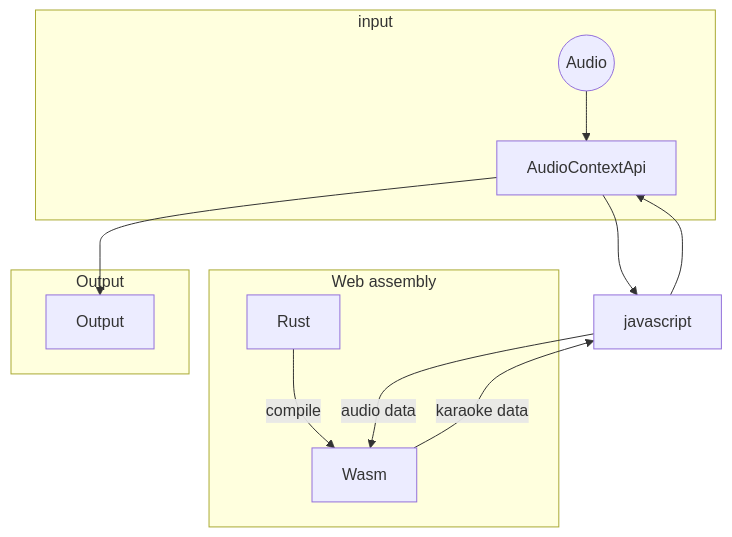
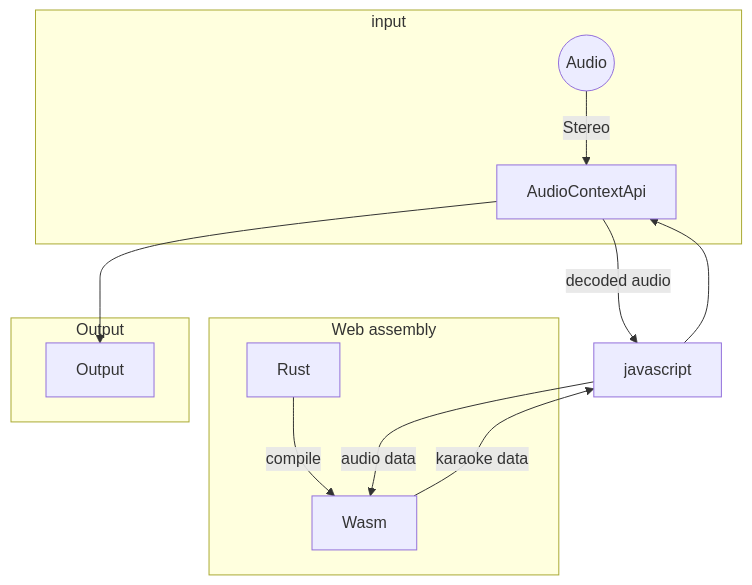
Before and after one commit to Nithin1506200/readme: the second of 3 diagrams in Karaoke/karaoke.md, drawn with Mermaid. The commit also changed other lines of this file, not shown here.

````diff
--- a/Karaoke/karaoke.md
+++ b/Karaoke/karaoke.md
@@ -28,21 +47,16 @@
 ```mermaid
-flowchart TB
+flowchart TD
 subgraph input
-Aud((Audio))-->A
+Aud((Audio))-->|Stereo|A
 end
 subgraph Web assembly
  R[Rust]-->|compile|W[Wasm]
  end
-
 J[javascript]-->A[AudioContextApi]
-A-->J
-
+A-->|decoded audio|J
 subgraph Output
 A-->B[Output]
 end
-
 J-->|audio data|W
-
 W-->|karaoke data|J
-
 ```
````
